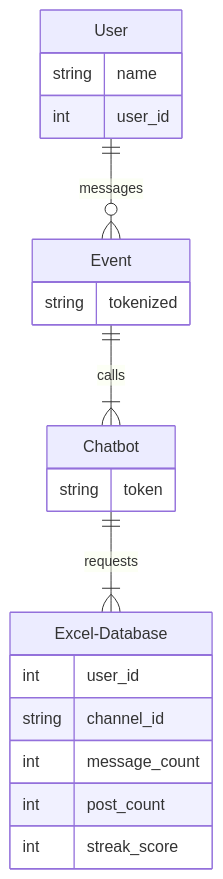
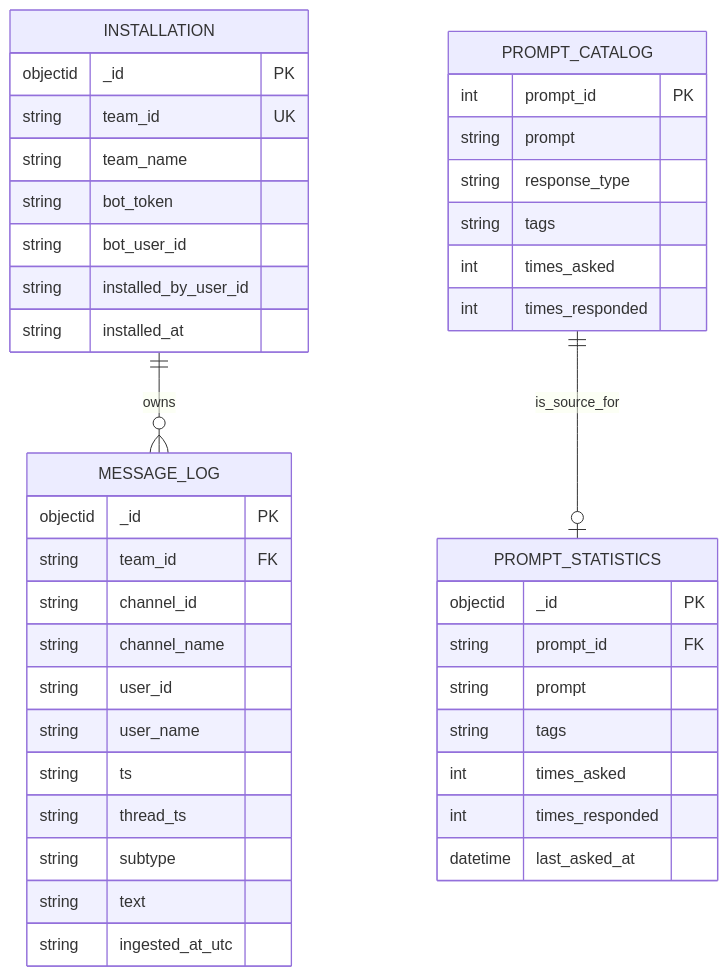
Before and after one commit to Capstone-Projects-2026-spring/project-bereal-chatbot: the diagram in documentation/docs/system-architecture/design.md, drawn with Mermaid. The commit also changed other lines of this file and 2 other files, not shown here.

````diff
--- a/documentation/docs/system-architecture/design.md
+++ b/documentation/docs/system-architecture/design.md
@@ -54,23 +78,48 @@
 ```mermaid
 erDiagram
-    User ||--o{ Event : messages
-    User {
-        string name
-        int user_id
+    INSTALLATION ||--o{ MESSAGE_LOG : owns
+    PROMPT_CATALOG ||--o| PROMPT_STATISTICS : is_source_for
+
+    INSTALLATION {
+        objectid _id PK
+        string team_id UK
+        string team_name
+        string bot_token
+        string bot_user_id
+        string installed_by_user_id
+        string installed_at
     }
-    Event ||--|{ Chatbot : calls
-    Event {
-        string tokenized
+
+    MESSAGE_LOG {
+        objectid _id PK
+        string team_id FK
+        string channel_id
+        string channel_name
+        string user_id
+        string user_name
+        string ts
+        string thread_ts
+        string subtype
+        string text
+        string ingested_at_utc
     }
-    Chatbot ||--|{ Excel-Database : requests
-    Chatbot {
-        string token
+
+    PROMPT_CATALOG {
+        int prompt_id PK
+        string prompt
+        string response_type
+        string tags
+        int times_asked
+        int times_responded
     }
-    Excel-Database {
-        int user_id
-        string channel_id
-        int message_count
-        int post_count
-        int streak_score
+
+    PROMPT_STATISTICS {
+        objectid _id PK
+        string prompt_id FK
+        string prompt
+        string tags
+        int times_asked
+        int times_responded
+        datetime last_asked_at
     }
 ```
````
